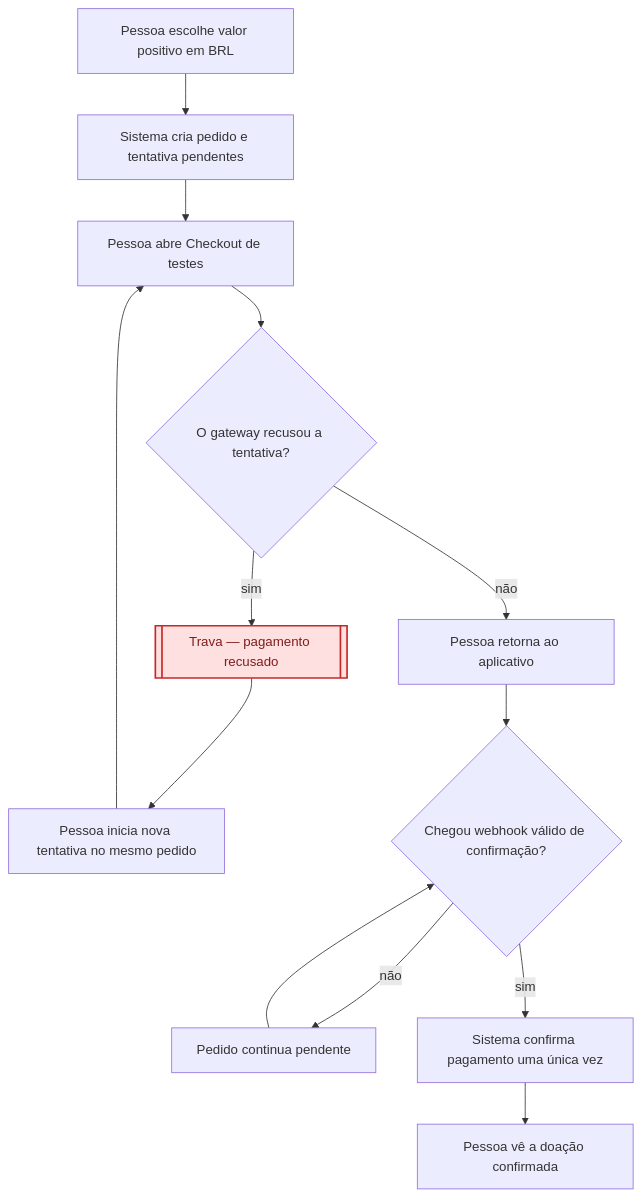
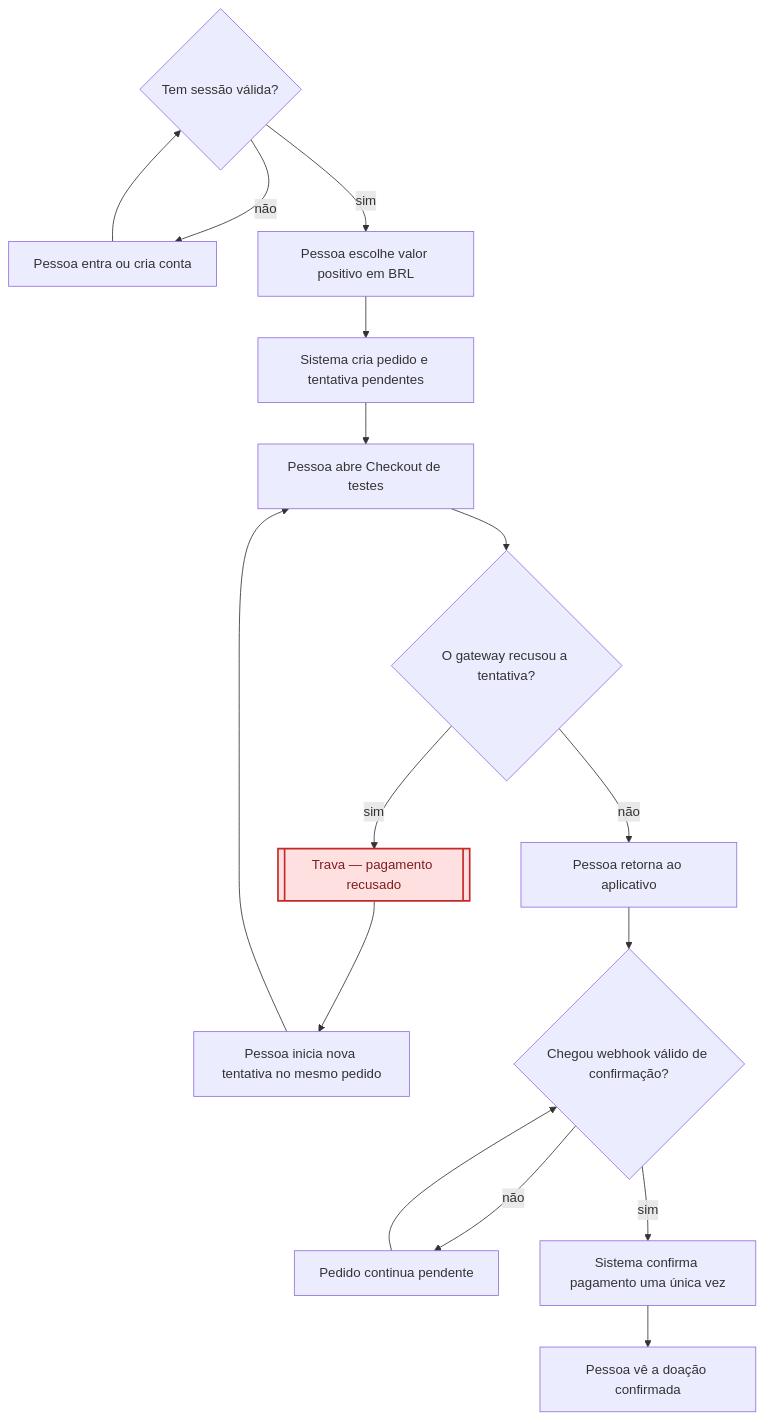
The third of 3 diagrams in docs/user-flows.md (nicosikmoraes/motor-calculo-icms), drawn with Mermaid before and after one commit. The commit also changed other lines of this file and 7 other files, not shown here.

````diff
--- a/docs/user-flows.md
+++ b/docs/user-flows.md
@@ -85,16 +85,19 @@
 ```mermaid
 flowchart TD
+    S{"Tem sessão válida?"} -->|"não"| L["Pessoa entra ou cria conta"]
+    L --> S
+    S -->|"sim"| A
     A["Pessoa escolhe valor positivo em BRL"] --> B["Sistema cria pedido e tentativa pendentes"]
     B --> C["Pessoa abre Checkout de testes"]
     C --> D{"O gateway recusou a tentativa?"}
     D -->|"sim"| X[["Trava — pagamento recusado"]]
     X --> N["Pessoa inicia nova tentativa no mesmo pedido"]
     N --> C
     D -->|"não"| E["Pessoa retorna ao aplicativo"]
     E --> F{"Chegou webhook válido de confirmação?"}
     F -->|"não"| G["Pedido continua pendente"]
     G --> F
     F -->|"sim"| H["Sistema confirma pagamento uma única vez"]
     H --> I["Pessoa vê a doação confirmada"]
     style X fill:#ffe0e0,color:#7f1d1d,stroke:#c62828,stroke-width:2px
 ```
````
